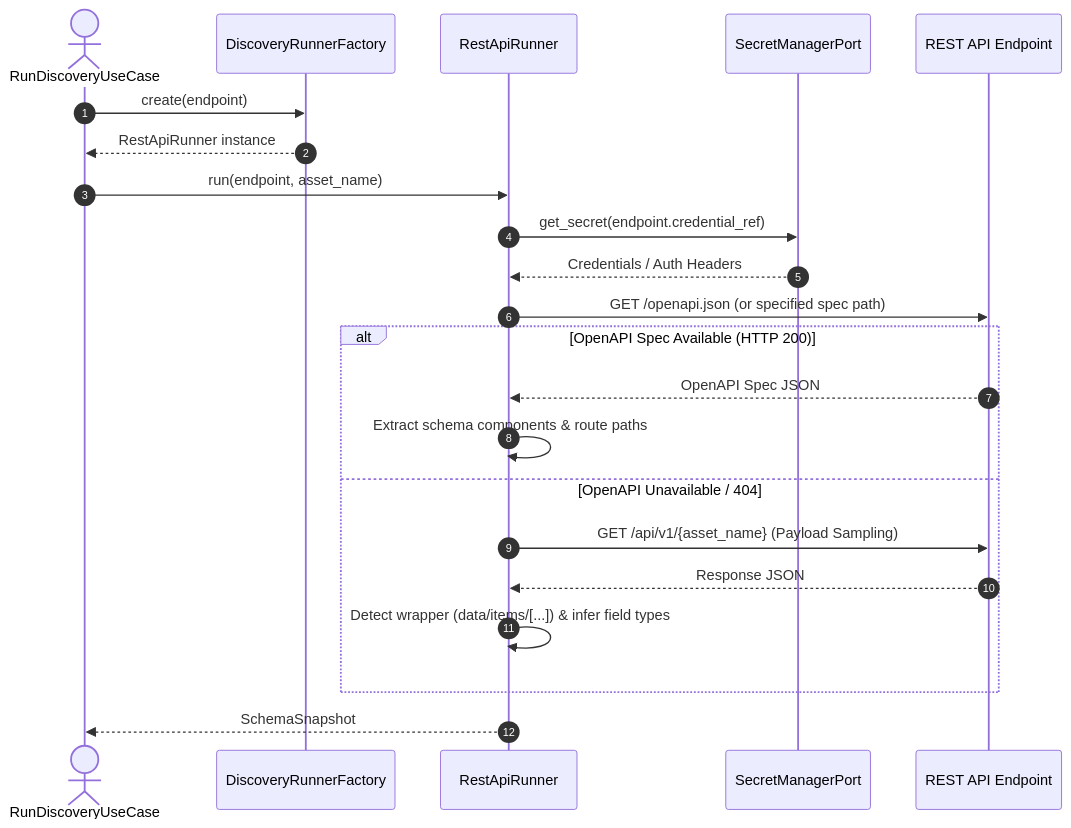
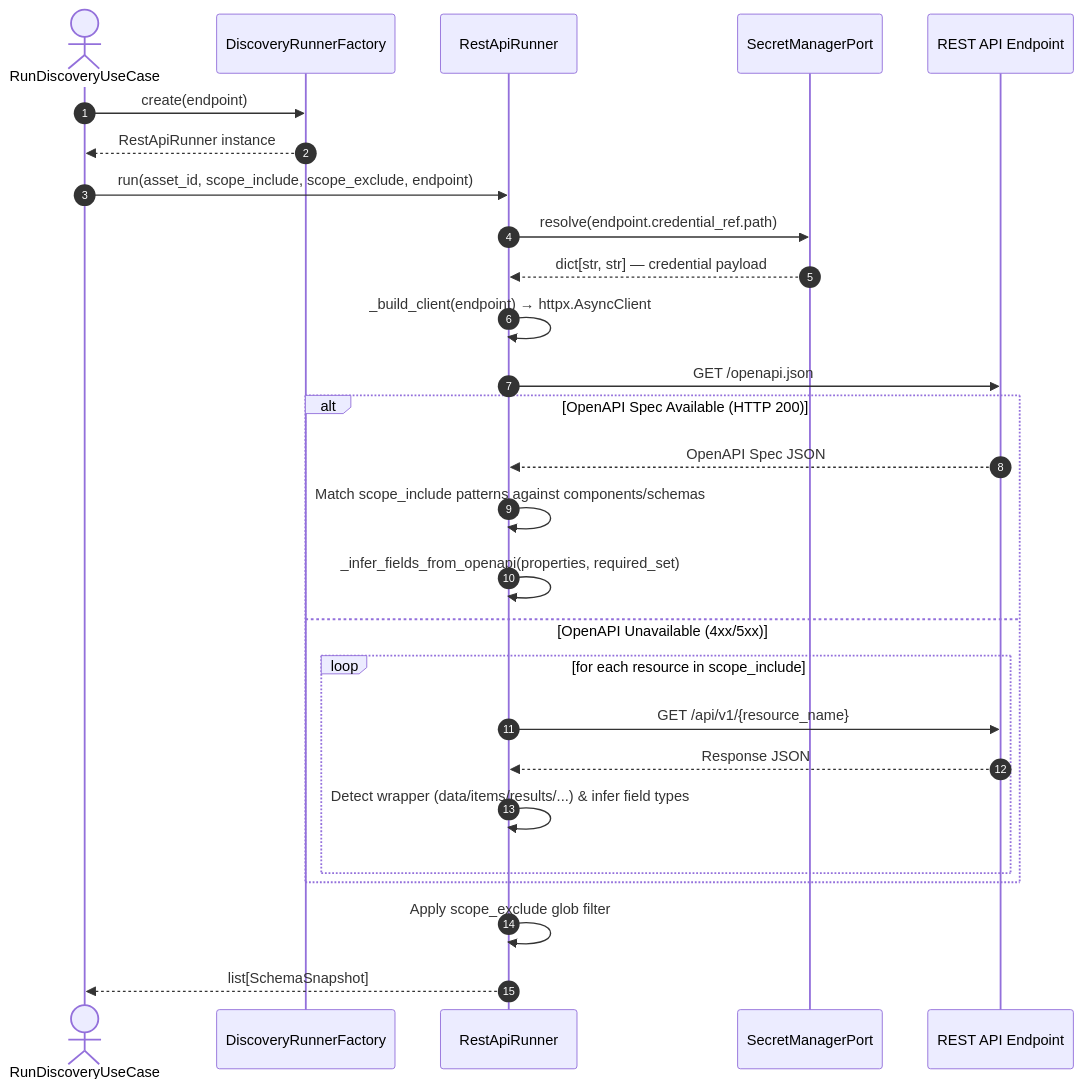
One commit to Melo-Anderson/clean-data-platform-airflow changed the diagram in docs/superpowers/specs/2026-07-22-rest-api-discovery-design.md. Above: the diagram before and after it, drawn with Mermaid. The commit also changed other lines of this file and 5 other files, not shown here.

Commit message:
feat(discovery): implement REST API discovery runner with OpenAPI and payload sampling

````diff
--- a/docs/superpowers/specs/2026-07-22-rest-api-discovery-design.md
+++ b/docs/superpowers/specs/2026-07-22-rest-api-discovery-design.md
@@ -46,25 +69,30 @@
 ```mermaid
 sequenceDiagram
     autonumber
     actor UseCase as RunDiscoveryUseCase
     participant Factory as DiscoveryRunnerFactory
     participant Runner as RestApiRunner
     participant Vault as SecretManagerPort
     participant API as REST API Endpoint
 
     UseCase->>Factory: create(endpoint)
     Factory-->>UseCase: RestApiRunner instance
-    UseCase->>Runner: run(endpoint, asset_name)
-    Runner->>Vault: get_secret(endpoint.credential_ref)
-    Vault-->>Runner: Credentials / Auth Headers
-    Runner->>API: GET /openapi.json (or specified spec path)
+    UseCase->>Runner: run(asset_id, scope_include, scope_exclude, endpoint)
+    Runner->>Vault: resolve(endpoint.credential_ref.path)
+    Vault-->>Runner: dict[str, str] — credential payload
+    Runner->>Runner: _build_client(endpoint) → httpx.AsyncClient
+    Runner->>API: GET /openapi.json
     alt OpenAPI Spec Available (HTTP 200)
         API-->>Runner: OpenAPI Spec JSON
-        Runner->>Runner: Extract schema components & route paths
-    else OpenAPI Unavailable / 404
-        Runner->>API: GET /api/v1/{asset_name} (Payload Sampling)
-        API-->>Runner: Response JSON
-        Runner->>Runner: Detect wrapper (data/items/[...]) & infer field types
+        Runner->>Runner: Match scope_include patterns against components/schemas
+        Runner->>Runner: _infer_fields_from_openapi(properties, required_set)
+    else OpenAPI Unavailable (4xx/5xx)
+        loop for each resource in scope_include
+            Runner->>API: GET /api/v1/{resource_name}
+            API-->>Runner: Response JSON
+            Runner->>Runner: Detect wrapper (data/items/results/...) & infer field types
+        end
     end
-    Runner-->>UseCase: SchemaSnapshot
+    Runner->>Runner: Apply scope_exclude glob filter
+    Runner-->>UseCase: list[SchemaSnapshot]
 ```
````
